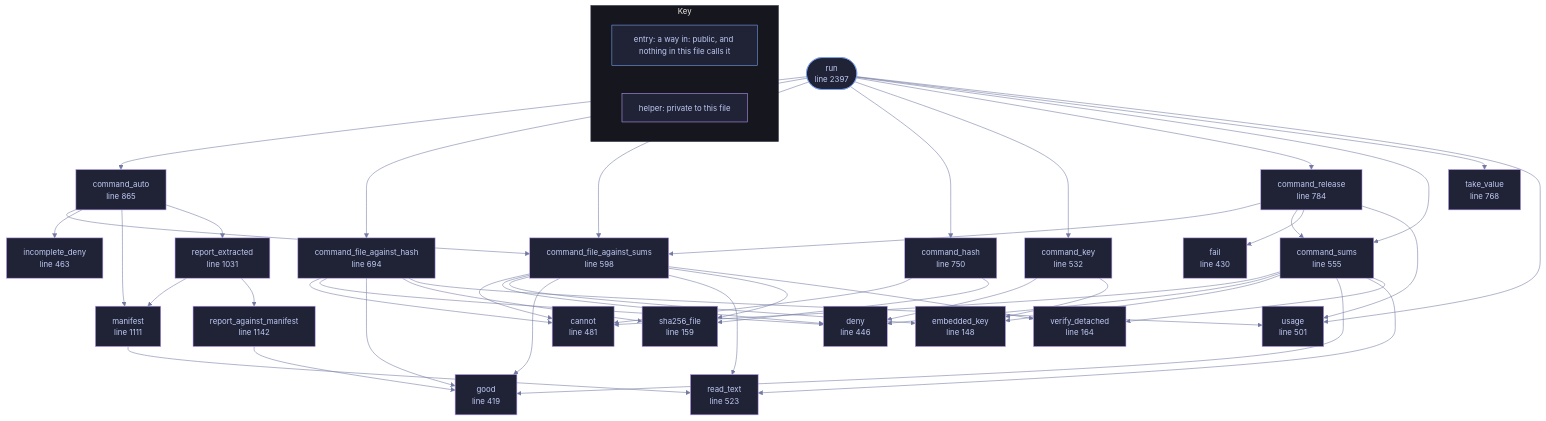
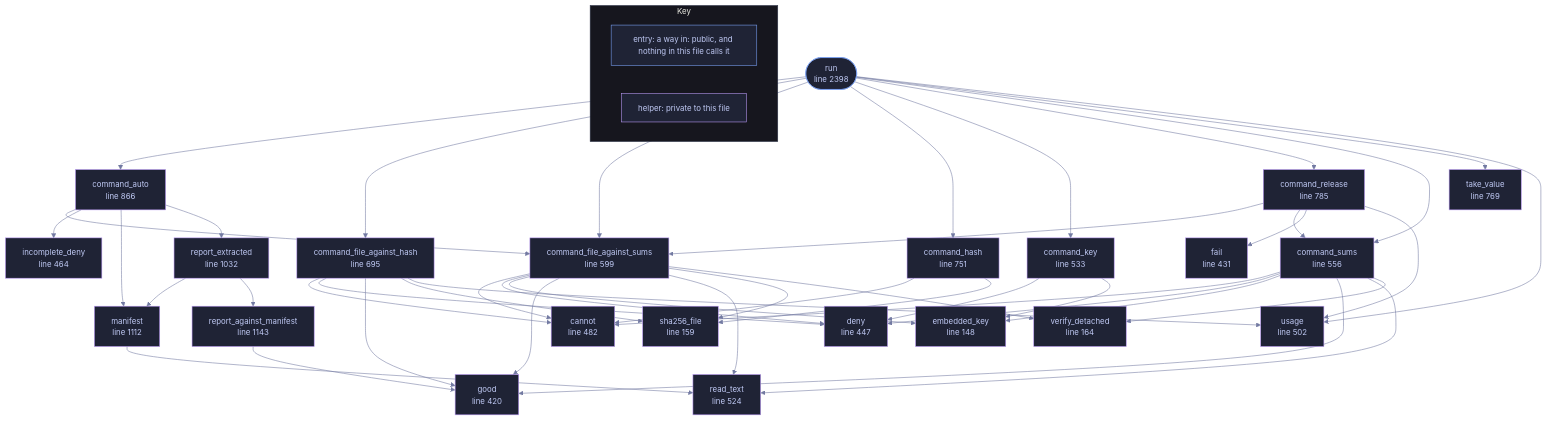
The diagram in docs/files/veilvoice-verify/lib.md (tilas01/veilvoice), drawn with Mermaid before and after one commit. The commit also changed other lines of this file and 514 other files, not shown here.

```diff
--- a/docs/files/veilvoice-verify/lib.md
+++ b/docs/files/veilvoice-verify/lib.md
@@ -122,25 +122,25 @@
     n_embedded_key["embedded_key<br/>line 148"]
     n_sha256_file["sha256_file<br/>line 159"]
     n_verify_detached["verify_detached<br/>line 164"]
-    n_good["good<br/>line 419"]
-    n_fail["fail<br/>line 430"]
-    n_deny["deny<br/>line 446"]
-    n_incomplete_deny["incomplete_deny<br/>line 463"]
-    n_cannot["cannot<br/>line 481"]
-    n_usage["usage<br/>line 501"]
-    n_read_text["read_text<br/>line 523"]
-    n_command_key["command_key<br/>line 532"]
-    n_command_sums["command_sums<br/>line 555"]
-    n_command_file_against_sums["command_file_against_sums<br/>line 598"]
-    n_command_file_against_hash["command_file_against_hash<br/>line 694"]
-    n_command_hash["command_hash<br/>line 750"]
-    n_take_value["take_value<br/>line 768"]
-    n_command_release["command_release<br/>line 784"]
-    n_command_auto["command_auto<br/>line 865"]
-    n_report_extracted["report_extracted<br/>line 1031"]
-    n_manifest["manifest<br/>line 1111"]
-    n_report_against_manifest["report_against_manifest<br/>line 1142"]
-    n_run(["run<br/>line 2397"])
+    n_good["good<br/>line 420"]
+    n_fail["fail<br/>line 431"]
+    n_deny["deny<br/>line 447"]
+    n_incomplete_deny["incomplete_deny<br/>line 464"]
+    n_cannot["cannot<br/>line 482"]
+    n_usage["usage<br/>line 502"]
+    n_read_text["read_text<br/>line 524"]
+    n_command_key["command_key<br/>line 533"]
+    n_command_sums["command_sums<br/>line 556"]
+    n_command_file_against_sums["command_file_against_sums<br/>line 599"]
+    n_command_file_against_hash["command_file_against_hash<br/>line 695"]
+    n_command_hash["command_hash<br/>line 751"]
+    n_take_value["take_value<br/>line 769"]
+    n_command_release["command_release<br/>line 785"]
+    n_command_auto["command_auto<br/>line 866"]
+    n_report_extracted["report_extracted<br/>line 1032"]
+    n_manifest["manifest<br/>line 1112"]
+    n_report_against_manifest["report_against_manifest<br/>line 1143"]
+    n_run(["run<br/>line 2398"])
     n_command_auto --> n_command_file_against_sums
     n_command_auto --> n_incomplete_deny
     n_command_auto --> n_manifest
@@ -187,25 +187,25 @@
     click n_embedded_key href "https://github.com/tilas01/veilvoice/blob/main/crates/veilvoice-verify/src/lib.rs#L148" "open the source"
     click n_sha256_file href "https://github.com/tilas01/veilvoice/blob/main/crates/veilvoice-verify/src/lib.rs#L159" "open the source"
     click n_verify_detached href "https://github.com/tilas01/veilvoice/blob/main/crates/veilvoice-verify/src/lib.rs#L164" "open the source"
-    click n_good href "https://github.com/tilas01/veilvoice/blob/main/crates/veilvoice-verify/src/lib.rs#L419" "open the source"
-    click n_fail href "https://github.com/tilas01/veilvoice/blob/main/crates/veilvoice-verify/src/lib.rs#L430" "open the source"
-    click n_deny href "https://github.com/tilas01/veilvoice/blob/main/crates/veilvoice-verify/src/lib.rs#L446" "open the source"
-    click n_incomplete_deny href "https://github.com/tilas01/veilvoice/blob/main/crates/veilvoice-verify/src/lib.rs#L463" "open the source"
-    click n_cannot href "https://github.com/tilas01/veilvoice/blob/main/crates/veilvoice-verify/src/lib.rs#L481" "open the source"
-    click n_usage href "https://github.com/tilas01/veilvoice/blob/main/crates/veilvoice-verify/src/lib.rs#L501" "open the source"
-    click n_read_text href "https://github.com/tilas01/veilvoice/blob/main/crates/veilvoice-verify/src/lib.rs#L523" "open the source"
-    click n_command_key href "https://github.com/tilas01/veilvoice/blob/main/crates/veilvoice-verify/src/lib.rs#L532" "open the source"
-    click n_command_sums href "https://github.com/tilas01/veilvoice/blob/main/crates/veilvoice-verify/src/lib.rs#L555" "open the source"
-    click n_command_file_against_sums href "https://github.com/tilas01/veilvoice/blob/main/crates/veilvoice-verify/src/lib.rs#L598" "open the source"
-    click n_command_file_against_hash href "https://github.com/tilas01/veilvoice/blob/main/crates/veilvoice-verify/src/lib.rs#L694" "open the source"
-    click n_command_hash href "https://github.com/tilas01/veilvoice/blob/main/crates/veilvoice-verify/src/lib.rs#L750" "open the source"
-    click n_take_value href "https://github.com/tilas01/veilvoice/blob/main/crates/veilvoice-verify/src/lib.rs#L768" "open the source"
-    click n_command_release href "https://github.com/tilas01/veilvoice/blob/main/crates/veilvoice-verify/src/lib.rs#L784" "open the source"
-    click n_command_auto href "https://github.com/tilas01/veilvoice/blob/main/crates/veilvoice-verify/src/lib.rs#L865" "open the source"
-    click n_report_extracted href "https://github.com/tilas01/veilvoice/blob/main/crates/veilvoice-verify/src/lib.rs#L1031" "open the source"
-    click n_manifest href "https://github.com/tilas01/veilvoice/blob/main/crates/veilvoice-verify/src/lib.rs#L1111" "open the source"
-    click n_report_against_manifest href "https://github.com/tilas01/veilvoice/blob/main/crates/veilvoice-verify/src/lib.rs#L1142" "open the source"
-    click n_run href "https://github.com/tilas01/veilvoice/blob/main/crates/veilvoice-verify/src/lib.rs#L2397" "open the source"
+    click n_good href "https://github.com/tilas01/veilvoice/blob/main/crates/veilvoice-verify/src/lib.rs#L420" "open the source"
+    click n_fail href "https://github.com/tilas01/veilvoice/blob/main/crates/veilvoice-verify/src/lib.rs#L431" "open the source"
+    click n_deny href "https://github.com/tilas01/veilvoice/blob/main/crates/veilvoice-verify/src/lib.rs#L447" "open the source"
+    click n_incomplete_deny href "https://github.com/tilas01/veilvoice/blob/main/crates/veilvoice-verify/src/lib.rs#L464" "open the source"
+    click n_cannot href "https://github.com/tilas01/veilvoice/blob/main/crates/veilvoice-verify/src/lib.rs#L482" "open the source"
+    click n_usage href "https://github.com/tilas01/veilvoice/blob/main/crates/veilvoice-verify/src/lib.rs#L502" "open the source"
+    click n_read_text href "https://github.com/tilas01/veilvoice/blob/main/crates/veilvoice-verify/src/lib.rs#L524" "open the source"
+    click n_command_key href "https://github.com/tilas01/veilvoice/blob/main/crates/veilvoice-verify/src/lib.rs#L533" "open the source"
+    click n_command_sums href "https://github.com/tilas01/veilvoice/blob/main/crates/veilvoice-verify/src/lib.rs#L556" "open the source"
+    click n_command_file_against_sums href "https://github.com/tilas01/veilvoice/blob/main/crates/veilvoice-verify/src/lib.rs#L599" "open the source"
+    click n_command_file_against_hash href "https://github.com/tilas01/veilvoice/blob/main/crates/veilvoice-verify/src/lib.rs#L695" "open the source"
+    click n_command_hash href "https://github.com/tilas01/veilvoice/blob/main/crates/veilvoice-verify/src/lib.rs#L751" "open the source"
+    click n_take_value href "https://github.com/tilas01/veilvoice/blob/main/crates/veilvoice-verify/src/lib.rs#L769" "open the source"
+    click n_command_release href "https://github.com/tilas01/veilvoice/blob/main/crates/veilvoice-verify/src/lib.rs#L785" "open the source"
+    click n_command_auto href "https://github.com/tilas01/veilvoice/blob/main/crates/veilvoice-verify/src/lib.rs#L866" "open the source"
+    click n_report_extracted href "https://github.com/tilas01/veilvoice/blob/main/crates/veilvoice-verify/src/lib.rs#L1032" "open the source"
+    click n_manifest href "https://github.com/tilas01/veilvoice/blob/main/crates/veilvoice-verify/src/lib.rs#L1112" "open the source"
+    click n_report_against_manifest href "https://github.com/tilas01/veilvoice/blob/main/crates/veilvoice-verify/src/lib.rs#L1143" "open the source"
+    click n_run href "https://github.com/tilas01/veilvoice/blob/main/crates/veilvoice-verify/src/lib.rs#L2398" "open the source"
     classDef entry fill:#1f2335,stroke:#7aa2f7,color:#c0caf5
     class n_run entry
     classDef helper fill:#1f2335,stroke:#bb9af7,color:#c0caf5
```
